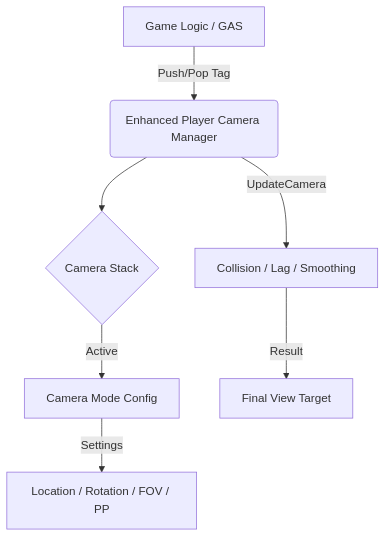
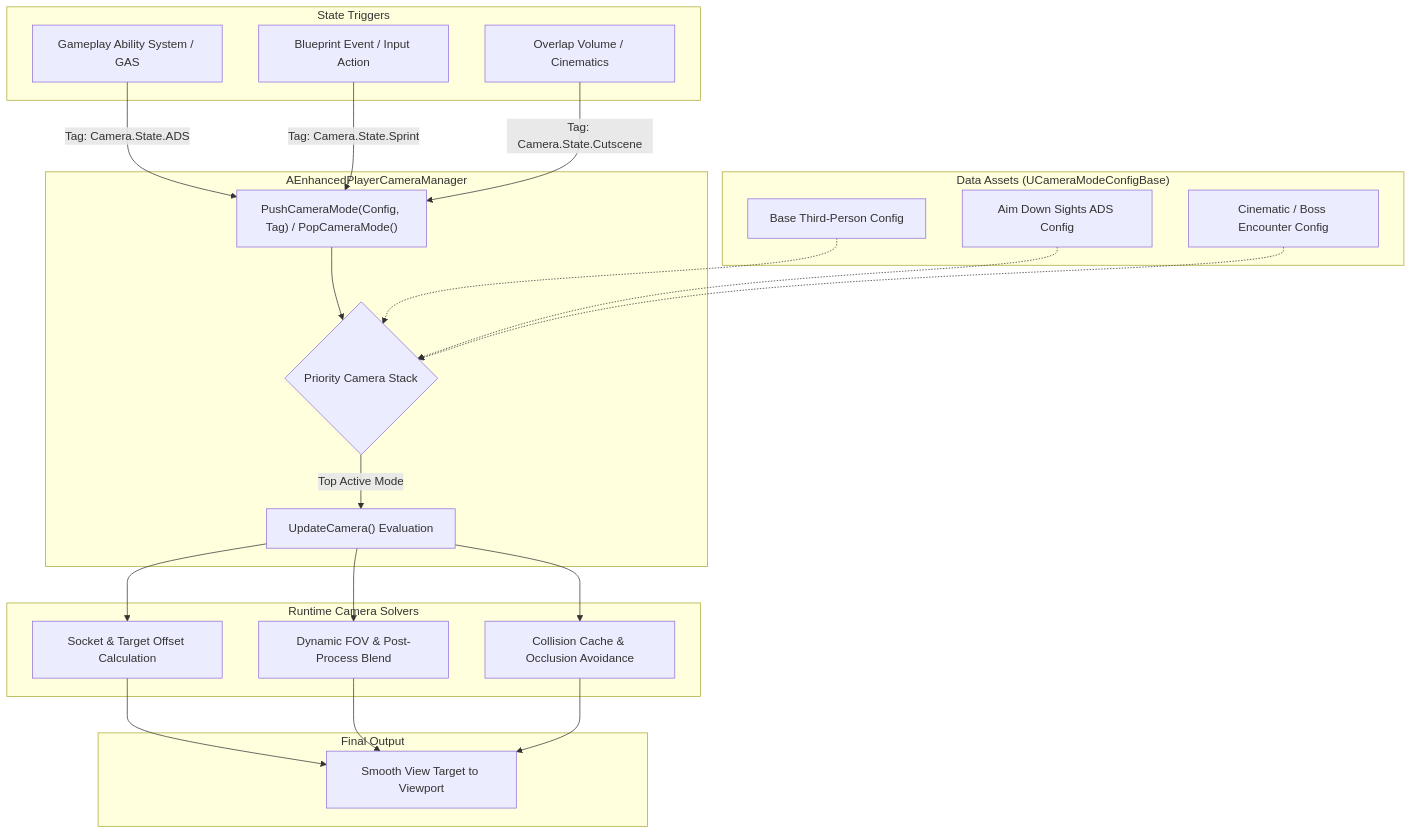
Before and after one commit to 1SHAMAY1/Plugin-EnhancedCameraSystem: the diagram in README.md, drawn with Mermaid. The commit also changed other lines of this file, not shown here.

Commit message:
docs: overhaul README with architecture diagrams, badges, and clean formatting

````diff
--- a/README.md
+++ b/README.md
@@ -28,9 +32,47 @@
 ```mermaid
-graph TD
-    A[Game Logic / GAS] -->|Push/Pop Tag| B(Enhanced Player Camera Manager)
-    B --> C{Camera Stack}
-    C -->|Active| D[Camera Mode Config]
-    D -->|Settings| E[Location / Rotation / FOV / PP]
-    B -->|UpdateCamera| F[Collision / Lag / Smoothing]
-    F -->|Result| G[Final View Target]
+flowchart TD
+    subgraph Triggers["State Triggers"]
+        A[Gameplay Ability System / GAS]
+        B[Blueprint Event / Input Action]
+        C[Overlap Volume / Cinematics]
+    end
+
+    subgraph Manager["AEnhancedPlayerCameraManager"]
+        D["PushCameraMode(Config, Tag) / PopCameraMode()"]
+        E{Priority Camera Stack}
+        F["UpdateCamera() Evaluation"]
+    end
+
+    subgraph ConfigLayer["Data Assets (UCameraModeConfigBase)"]
+        G1[Base Third-Person Config]
+        G2[Aim Down Sights ADS Config]
+        G3[Cinematic / Boss Encounter Config]
+    end
+
+    subgraph Solvers["Runtime Camera Solvers"]
+        H[Socket & Target Offset Calculation]
+        I[Dynamic FOV & Post-Process Blend]
+        J[Collision Cache & Occlusion Avoidance]
+    end
+
+    subgraph Viewport["Final Output"]
+        K[Smooth View Target to Viewport]
+    end
+
+    A -->|Tag: Camera.State.ADS| D
+    B -->|Tag: Camera.State.Sprint| D
+    C -->|Tag: Camera.State.Cutscene| D
+
+    D --> E
+    G1 -.-> E
+    G2 -.-> E
+    G3 -.-> E
+
+    E -->|Top Active Mode| F
+    F --> H
+    F --> I
+    F --> J
+    H --> K
+    I --> K
+    J --> K
 ```
````
